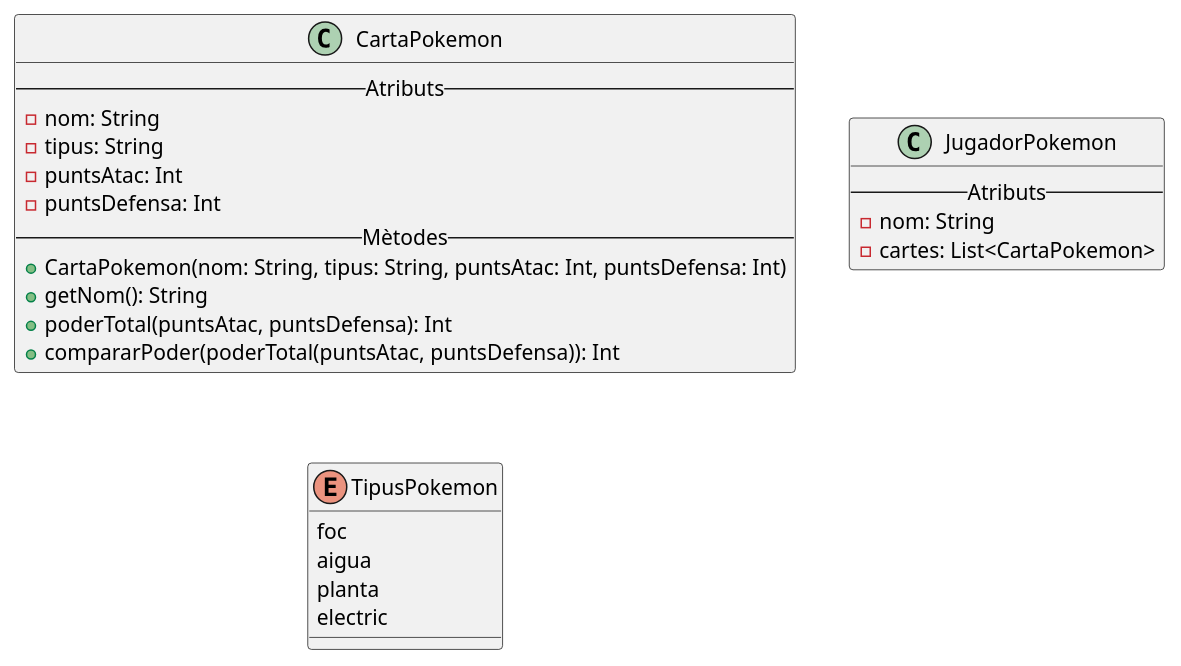
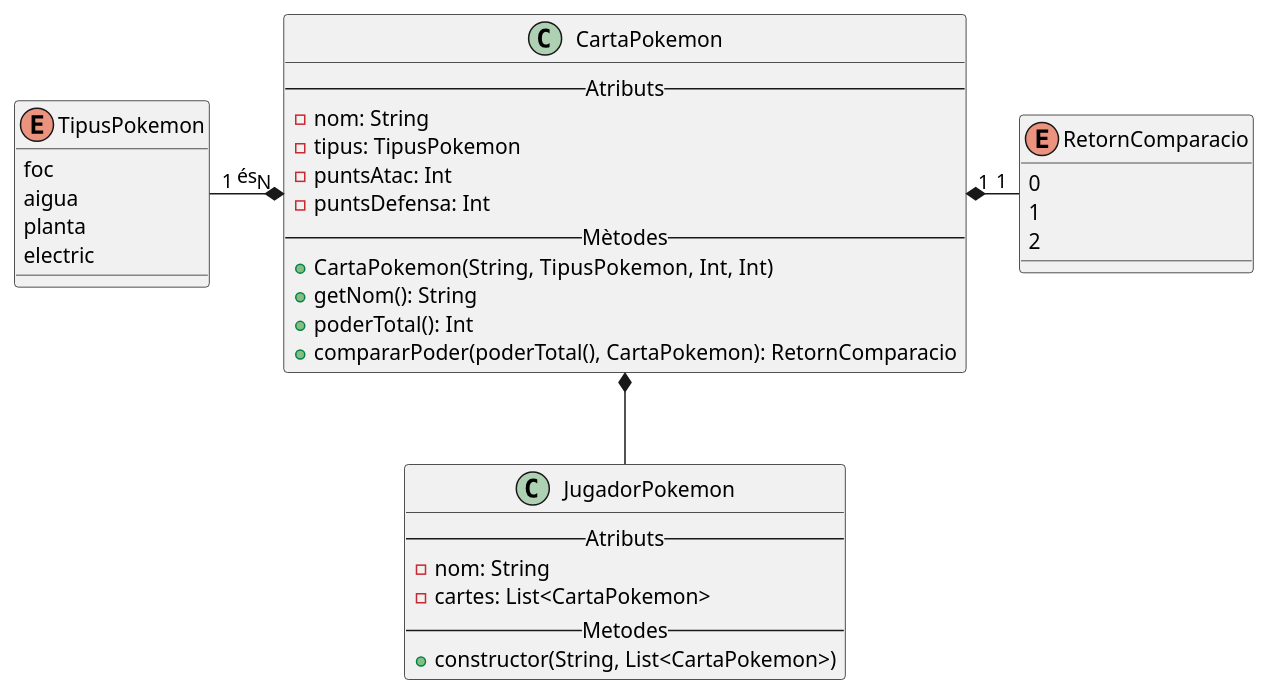
Before and after one commit to Guillermo-Mir/DissenyDiagrames: the diagram in src/main/kotlin/uml/Ex1.puml, drawn with PlantUML. The commit also changed 10 other files, not shown here.

```diff
--- a/src/main/kotlin/uml/Ex1.puml
+++ b/src/main/kotlin/uml/Ex1.puml
@@ -1,31 +1,46 @@
 @startuml
 'https://plantuml.com/class-diagram
 
 class CartaPokemon {
     -- Atributs --
     - nom: String
-    - tipus: String
+    - tipus: TipusPokemon
     - puntsAtac: Int
     - puntsDefensa: Int
     -- Mètodes --
-    + CartaPokemon(nom: String, tipus: String, puntsAtac: Int, puntsDefensa: Int)
+    + CartaPokemon(String, TipusPokemon, Int,  Int)
     + getNom(): String
-    + poderTotal(puntsAtac, puntsDefensa): Int
-    + compararPoder(poderTotal(puntsAtac, puntsDefensa)): Int
+    + poderTotal(): Int
+    + compararPoder(poderTotal(), CartaPokemon): RetornComparacio
 }
 
 
 class JugadorPokemon {
     -- Atributs --
     - nom: String
     - cartes: List<CartaPokemon>
+    -- Metodes --
+    + constructor(String, List<CartaPokemon>)
 }
 
 enum TipusPokemon {
     foc
     aigua
     planta
     electric
 }
 
+enum RetornComparacio {
+    0
+    1
+    2
+}
+
+
+
+CartaPokemon *-down- JugadorPokemon
+CartaPokemon "N" *-left- "1" TipusPokemon : és
+CartaPokemon "1" *-right- "1" RetornComparacio
+
+
 @enduml
```
